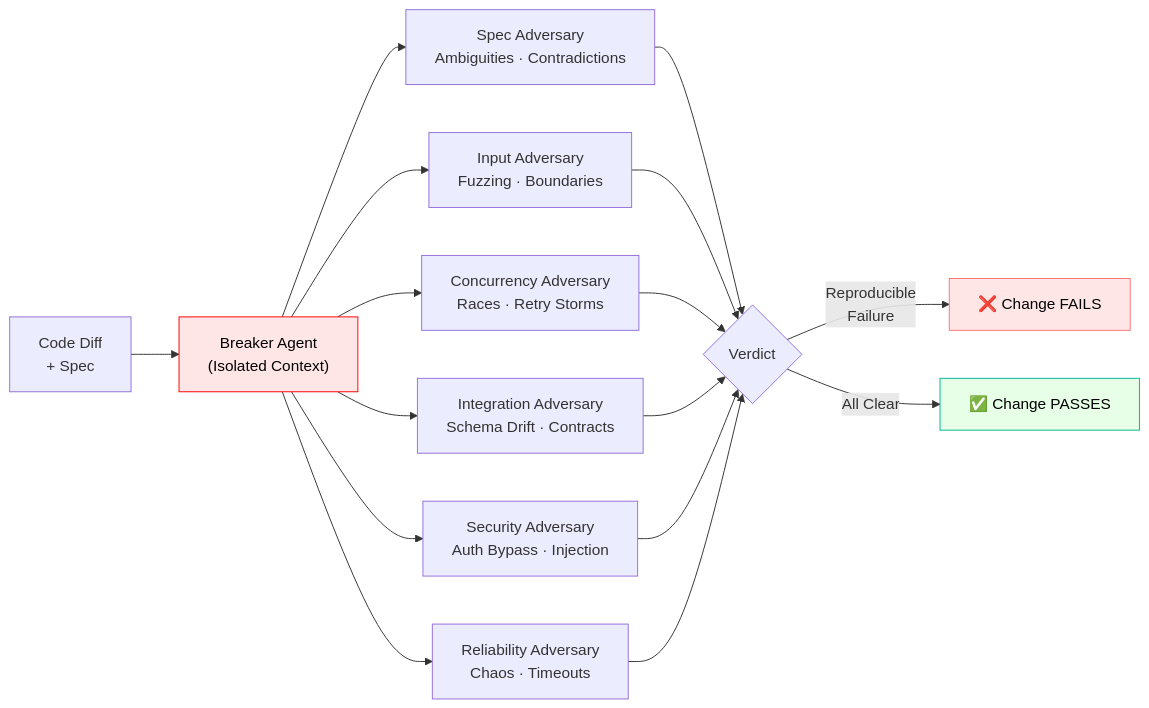
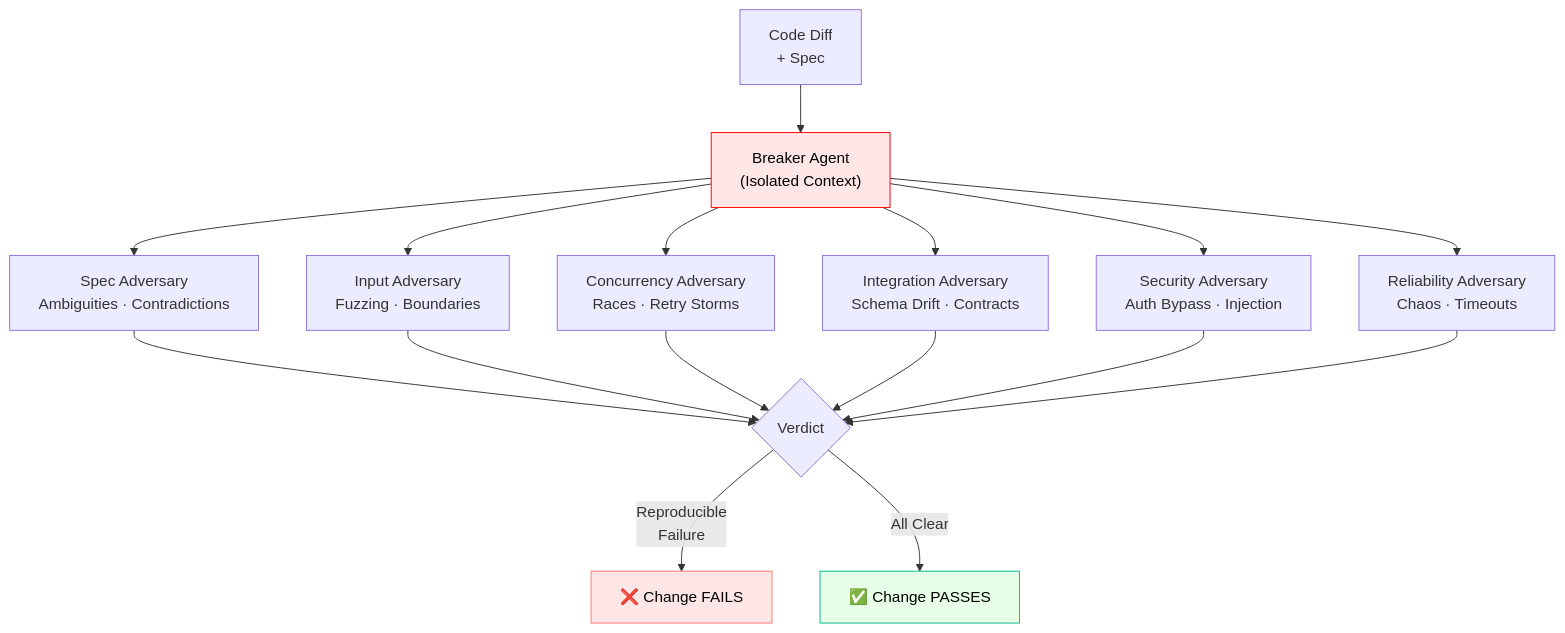
The third of 5 diagrams in notes/ai-native-sdlc-proposal/index.md (rmax-ai/rmax-ai.github.io), drawn with Mermaid before and after one commit. The commit also changed other lines of this file and 3 other files, not shown here.

````diff
--- a/notes/ai-native-sdlc-proposal/index.md
+++ b/notes/ai-native-sdlc-proposal/index.md
@@ -181,20 +199,20 @@
 ```mermaid
-flowchart LR
+flowchart TB
     Change["Code Diff\n+ Spec"] --> Breaker["Breaker Agent\n(Isolated Context)"]
 
     Breaker --> SA["Spec Adversary\nAmbiguities · Contradictions"]
     Breaker --> IA["Input Adversary\nFuzzing · Boundaries"]
     Breaker --> CA["Concurrency Adversary\nRaces · Retry Storms"]
     Breaker --> IntA["Integration Adversary\nSchema Drift · Contracts"]
     Breaker --> SecA["Security Adversary\nAuth Bypass · Injection"]
     Breaker --> RelA["Reliability Adversary\nChaos · Timeouts"]
 
     SA & IA & CA & IntA & SecA & RelA --> Verdict{Verdict}
 
     Verdict -->|"Reproducible\nFailure"| Fail["❌ Change FAILS"]
     Verdict -->|"All Clear"| Pass["✅ Change PASSES"]
 
     style Breaker fill:#ffe6e6,stroke:#ff0000,color:black
     style Fail fill:#ffe6e6,stroke:#ff7675,color:black
     style Pass fill:#e6ffe6,stroke:#00b894,color:black
 ```
````
